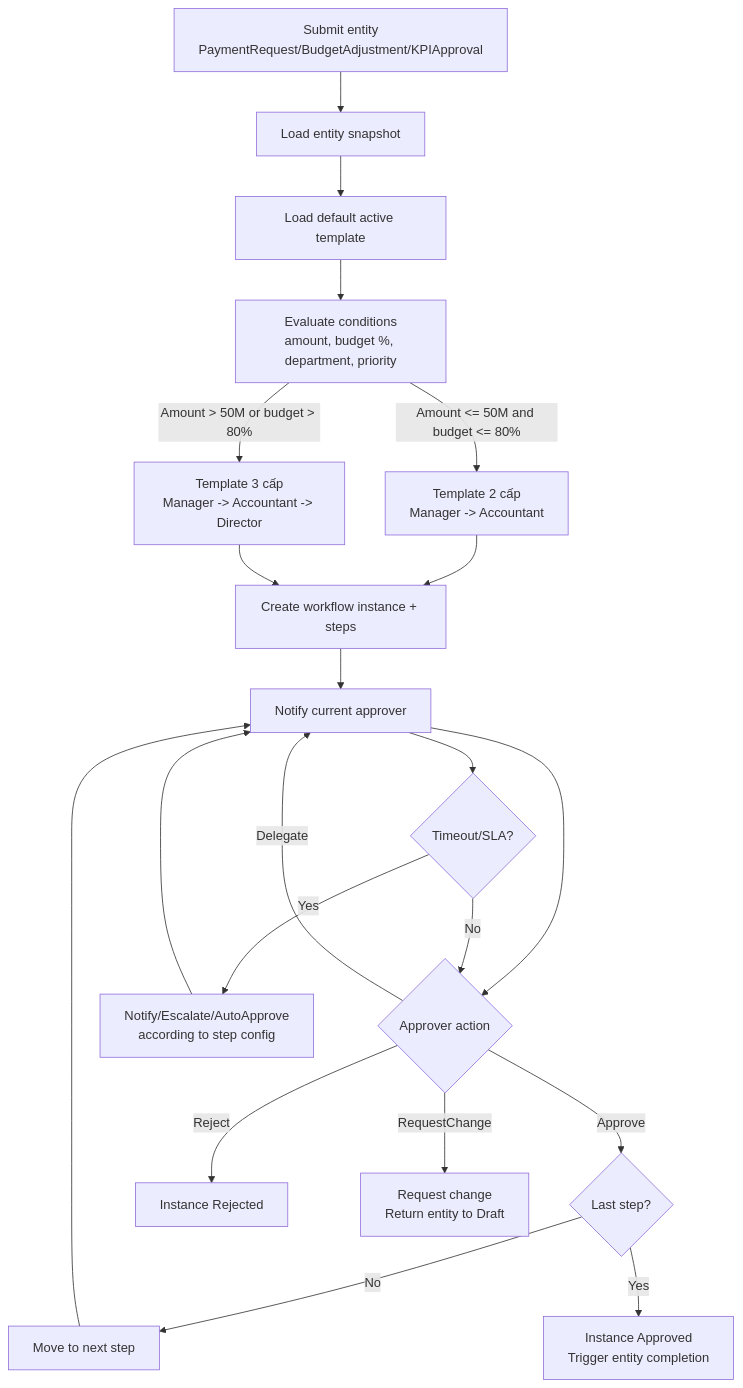
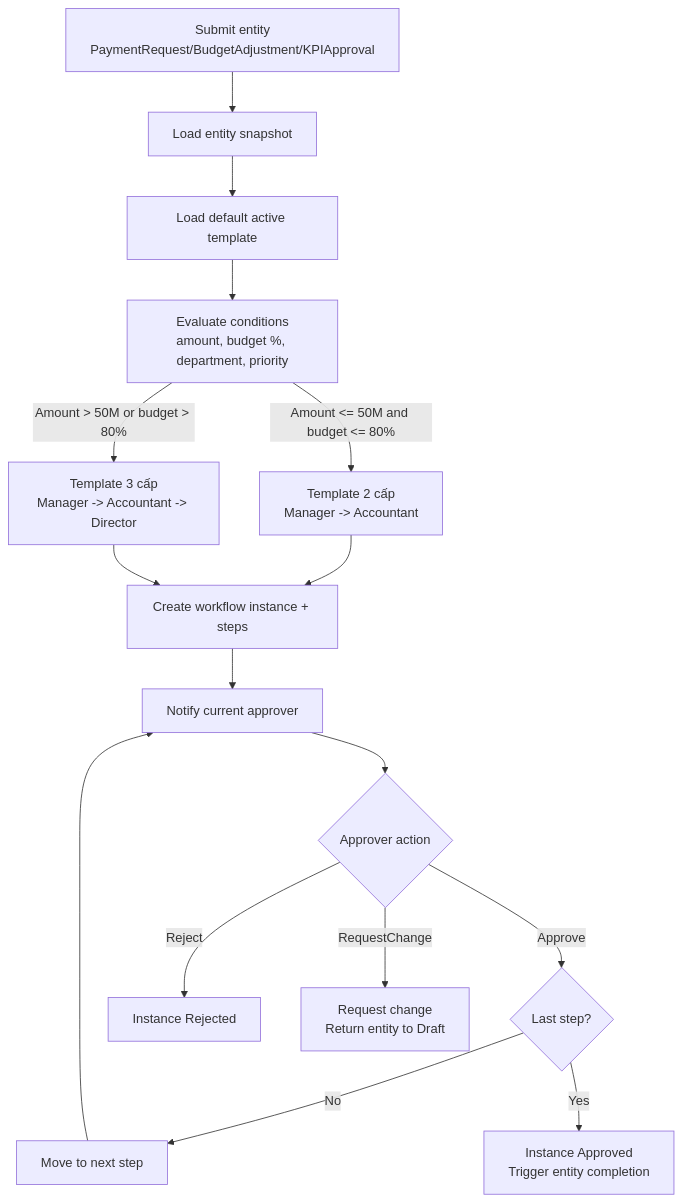
Before and after one commit to quanptatb/OmniBizAI: the tenth of 14 diagrams in docs/00-Project-Implementation-Blueprint.md, drawn with Mermaid. The commit also changed other lines of this file and 90 other files, not shown here.

````diff
--- a/docs/00-Project-Implementation-Blueprint.md
+++ b/docs/00-Project-Implementation-Blueprint.md
@@ -827,35 +843,29 @@
 ```mermaid
 flowchart TD
     Start["Submit entity<br/>PaymentRequest/BudgetAdjustment/KPIApproval"]
     Load["Load entity snapshot"]
     DefaultTemplate["Load default active template"]
     Evaluate["Evaluate conditions<br/>amount, budget %, department, priority"]
     Small["Template 2 cấp<br/>Manager -> Accountant"]
     Large["Template 3 cấp<br/>Manager -> Accountant -> Director"]
     Build["Create workflow instance + steps"]
     Notify["Notify current approver"]
     Action{"Approver action"}
     Approve{"Last step?"}
     Next["Move to next step"]
     Approved["Instance Approved<br/>Trigger entity completion"]
     Rejected["Instance Rejected"]
     Change["Request change<br/>Return entity to Draft"]
-    Timeout{"Timeout/SLA?"}
-    Escalate["Notify/Escalate/AutoApprove<br/>according to step config"]
 
     Start --> Load --> DefaultTemplate --> Evaluate
     Evaluate -->|Amount <= 50M and budget <= 80%| Small
     Evaluate -->|Amount > 50M or budget > 80%| Large
     Small --> Build
     Large --> Build
     Build --> Notify --> Action
     Action -->|Approve| Approve
     Action -->|Reject| Rejected
     Action -->|RequestChange| Change
-    Action -->|Delegate| Notify
     Approve -->|No| Next --> Notify
     Approve -->|Yes| Approved
-    Notify --> Timeout
-    Timeout -->|Yes| Escalate --> Notify
-    Timeout -->|No| Action
 ```
````
